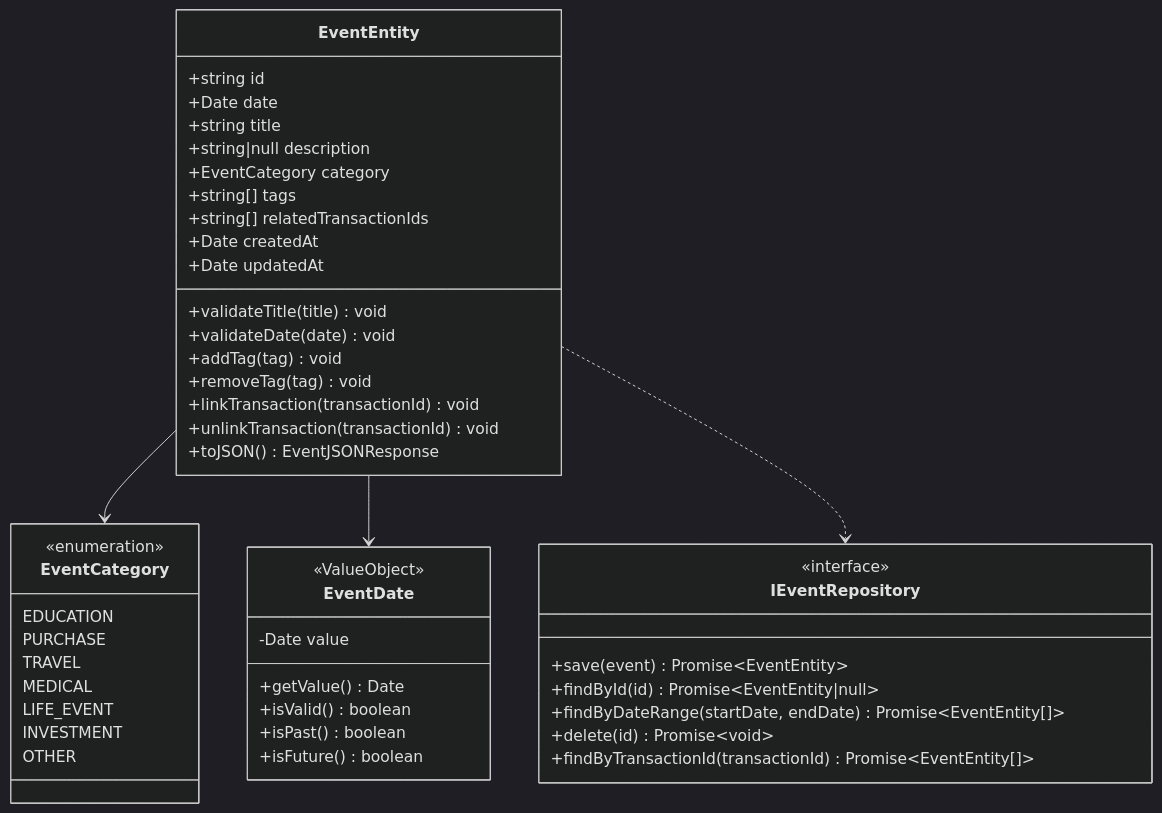
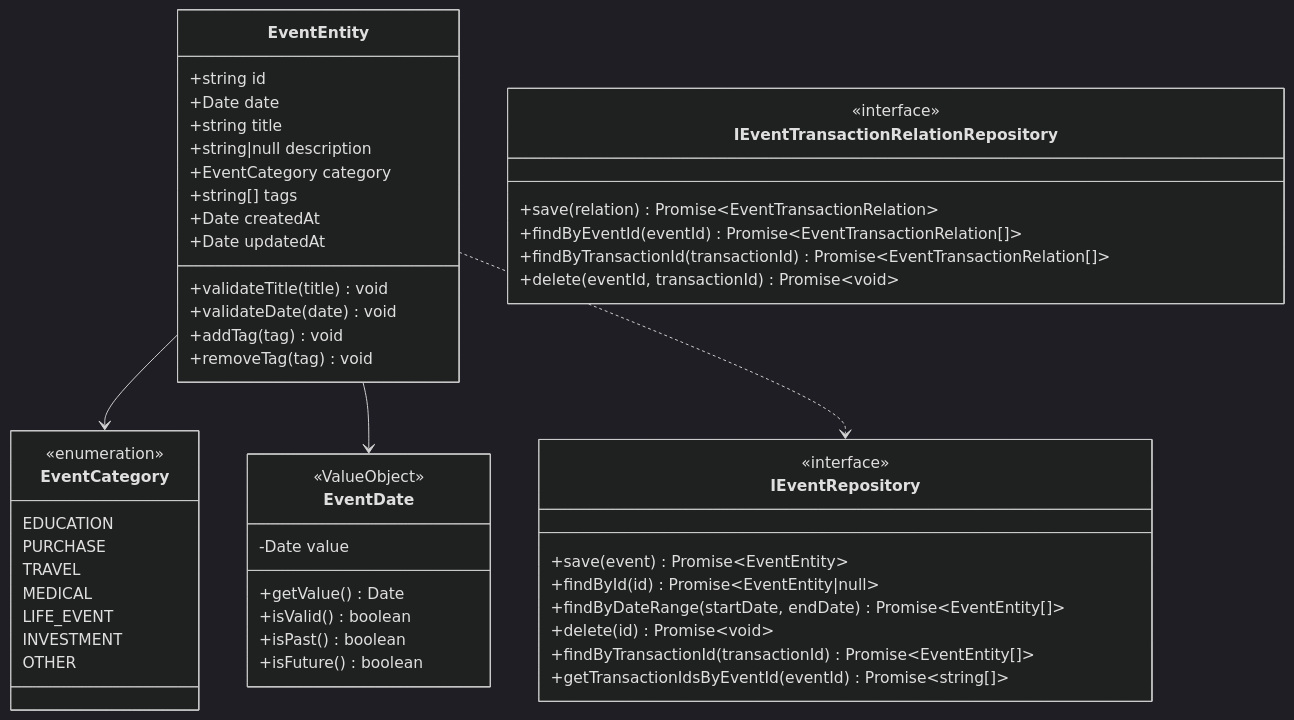
Before and after one commit to kencom2400/account-book: the first of 7 diagrams in docs/detailed-design/FR-021_event-memo/class-diagrams.md, drawn with Mermaid (dark theme). The commit also changed other lines of this file and 3 other files, not shown here.

````diff
--- a/docs/detailed-design/FR-021_event-memo/class-diagrams.md
+++ b/docs/detailed-design/FR-021_event-memo/class-diagrams.md
@@ -19,54 +19,59 @@
 ```mermaid
 classDiagram
     class EventEntity {
         +string id
         +Date date
         +string title
         +string|null description
         +EventCategory category
         +string[] tags
-        +string[] relatedTransactionIds
         +Date createdAt
         +Date updatedAt
         +validateTitle(title) void
         +validateDate(date) void
         +addTag(tag) void
         +removeTag(tag) void
-        +linkTransaction(transactionId) void
-        +unlinkTransaction(transactionId) void
-        +toJSON() EventJSONResponse
     }
 
     class EventCategory {
         <<enumeration>>
         EDUCATION
         PURCHASE
         TRAVEL
         MEDICAL
         LIFE_EVENT
         INVESTMENT
         OTHER
     }
 
     class EventDate {
         <<ValueObject>>
         -Date value
         +getValue() Date
         +isValid() boolean
         +isPast() boolean
         +isFuture() boolean
     }
 
     class IEventRepository {
         <<interface>>
         +save(event) Promise~EventEntity~
         +findById(id) Promise~EventEntity|null~
         +findByDateRange(startDate, endDate) Promise~EventEntity[]~
         +delete(id) Promise~void~
         +findByTransactionId(transactionId) Promise~EventEntity[]~
+        +getTransactionIdsByEventId(eventId) Promise~string[]~
+    }
+
+    class IEventTransactionRelationRepository {
+        <<interface>>
+        +save(relation) Promise~EventTransactionRelation~
+        +findByEventId(eventId) Promise~EventTransactionRelation[]~
+        +findByTransactionId(transactionId) Promise~EventTransactionRelation[]~
+        +delete(eventId, transactionId) Promise~void~
     }
 
     EventEntity --> EventCategory
     EventEntity --> EventDate
     EventEntity ..> IEventRepository
 ```
````
